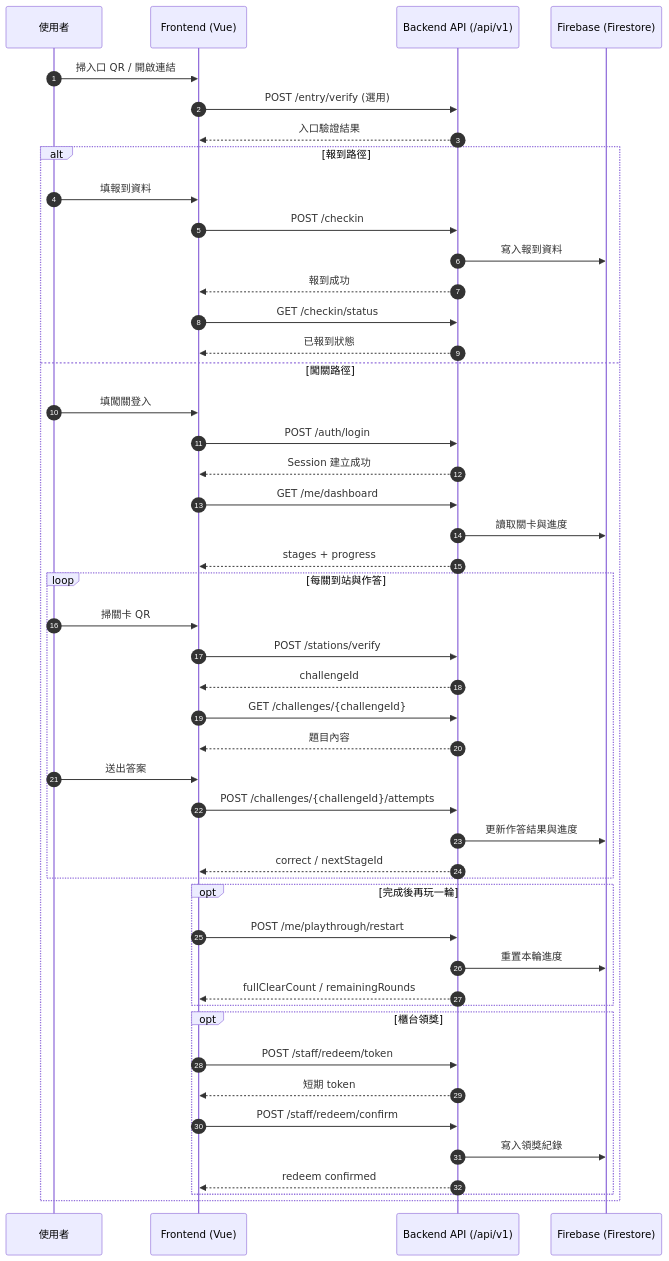
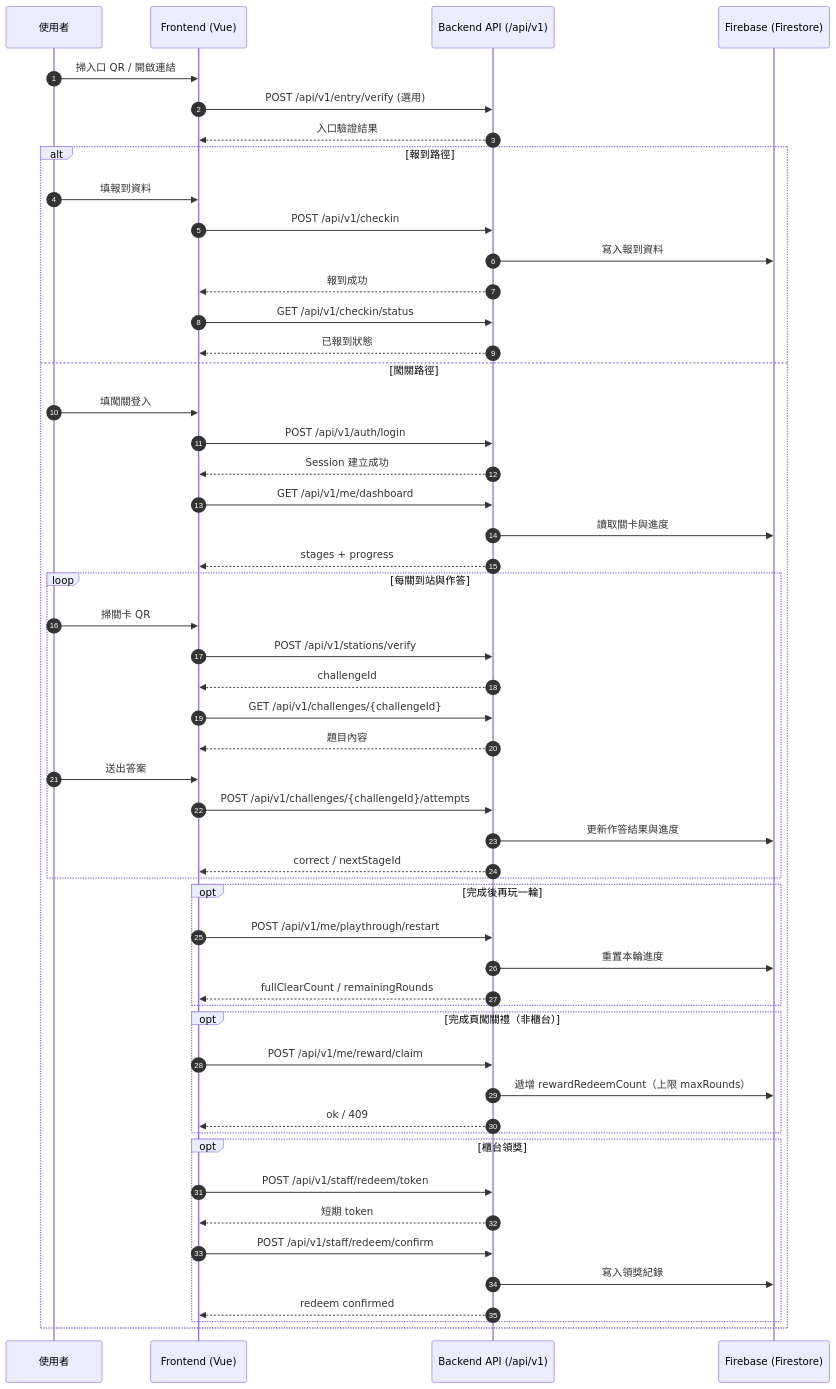
The second of 2 diagrams in docs/specs/api-v0.1.md (BrianChang1212/FamilyDay_GreenWorld), drawn with Mermaid before and after one commit. The commit also changed other lines of this file and 65 other files, not shown here.

First line of the commit message:
feat: Firestore-backed auth/checkin, game reward flow, and doc/mock parity

````diff
--- a/docs/specs/api-v0.1.md
+++ b/docs/specs/api-v0.1.md
@@ -361,55 +395,61 @@
 ```mermaid
 sequenceDiagram
   autonumber
   participant U as 使用者
   participant FE as Frontend (Vue)
   participant API as Backend API (/api/v1)
   participant DB as Firebase (Firestore)
 
   U->>FE: 掃入口 QR / 開啟連結
-  FE->>API: POST /entry/verify (選用)
+  FE->>API: POST /api/v1/entry/verify (選用)
   API-->>FE: 入口驗證結果
 
   alt 報到路徑
     U->>FE: 填報到資料
-    FE->>API: POST /checkin
+    FE->>API: POST /api/v1/checkin
     API->>DB: 寫入報到資料
     API-->>FE: 報到成功
-    FE->>API: GET /checkin/status
+    FE->>API: GET /api/v1/checkin/status
     API-->>FE: 已報到狀態
   else 闖關路徑
     U->>FE: 填闖關登入
-    FE->>API: POST /auth/login
+    FE->>API: POST /api/v1/auth/login
     API-->>FE: Session 建立成功
 
-    FE->>API: GET /me/dashboard
+    FE->>API: GET /api/v1/me/dashboard
     API->>DB: 讀取關卡與進度
     API-->>FE: stages + progress
 
     loop 每關到站與作答
       U->>FE: 掃關卡 QR
-      FE->>API: POST /stations/verify
+      FE->>API: POST /api/v1/stations/verify
       API-->>FE: challengeId
-      FE->>API: GET /challenges/{challengeId}
+      FE->>API: GET /api/v1/challenges/{challengeId}
       API-->>FE: 題目內容
       U->>FE: 送出答案
-      FE->>API: POST /challenges/{challengeId}/attempts
+      FE->>API: POST /api/v1/challenges/{challengeId}/attempts
       API->>DB: 更新作答結果與進度
       API-->>FE: correct / nextStageId
     end
 
     opt 完成後再玩一輪
-      FE->>API: POST /me/playthrough/restart
+      FE->>API: POST /api/v1/me/playthrough/restart
       API->>DB: 重置本輪進度
       API-->>FE: fullClearCount / remainingRounds
     end
 
+    opt 完成頁闖關禮（非櫃台）
+      FE->>API: POST /api/v1/me/reward/claim
+      API->>DB: 遞增 rewardRedeemCount（上限 maxRounds）
+      API-->>FE: ok / 409
+    end
+
     opt 櫃台領獎
-      FE->>API: POST /staff/redeem/token
+      FE->>API: POST /api/v1/staff/redeem/token
       API-->>FE: 短期 token
-      FE->>API: POST /staff/redeem/confirm
+      FE->>API: POST /api/v1/staff/redeem/confirm
       API->>DB: 寫入領獎紀錄
       API-->>FE: redeem confirmed
     end
   end
 ```
````
